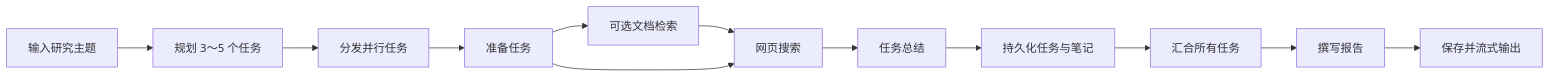
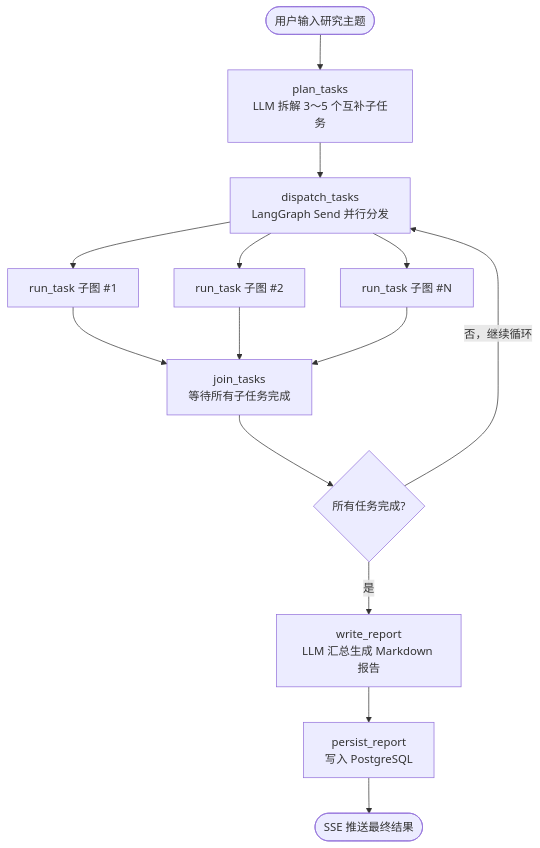
The third of 4 diagrams in README.md (FelixCheng1/deepresearch), drawn with Mermaid before and after one commit. The commit also changed other lines of this file, not shown here.

````diff
--- a/README.md
+++ b/README.md
@@ -114,14 +209,16 @@
 ```mermaid
-flowchart LR
-    I["输入研究主题"] --> P["规划 3～5 个任务"]
-    P --> D["分发并行任务"]
-    D --> T["准备任务"]
-    T --> R["可选文档检索"]
-    R --> S["网页搜索"]
-    T --> S
-    S --> M["任务总结"]
-    M --> N["持久化任务与笔记"]
-    N --> J["汇合所有任务"]
-    J --> W["撰写报告"]
-    W --> O["保存并流式输出"]
+flowchart TD
+    START(["用户输入研究主题"]) --> PLAN["plan_tasks<br/>LLM 拆解 3～5 个互补子任务"]
+    PLAN --> DISPATCH["dispatch_tasks<br/>LangGraph Send 并行分发"]
+    DISPATCH --> T1["run_task 子图 #1"]
+    DISPATCH --> T2["run_task 子图 #2"]
+    DISPATCH --> T3["run_task 子图 #N"]
+    T1 --> JOIN["join_tasks<br/>等待所有子任务完成"]
+    T2 --> JOIN
+    T3 --> JOIN
+    JOIN --> CHECK{所有任务完成?}
+    CHECK -->|"否，继续循环"| DISPATCH
+    CHECK -->|"是"| REPORT["write_report<br/>LLM 汇总生成 Markdown 报告"]
+    REPORT --> PERSIST["persist_report<br/>写入 PostgreSQL"]
+    PERSIST --> END(["SSE 推送最终结果"])
 ```
````
